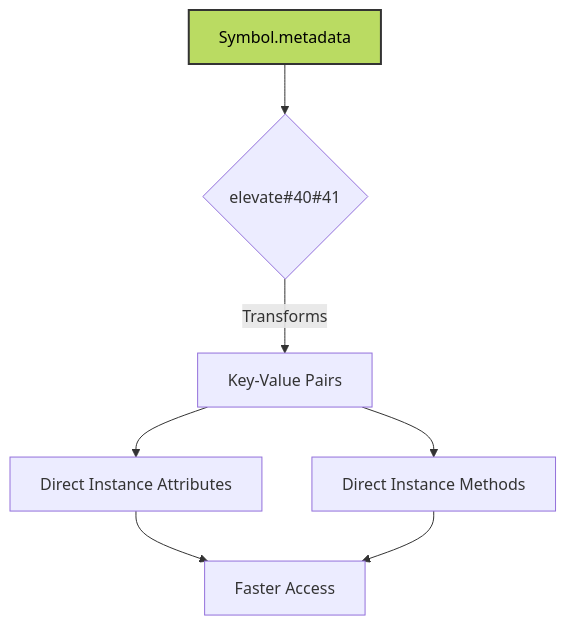
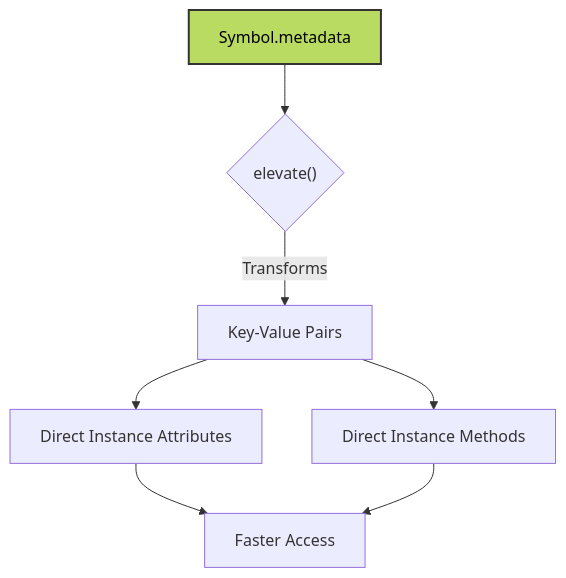
Before and after one commit to ikko/sym: the ninth of 13 diagrams in docs/readme_details/8_api_highlights/index.md, drawn with Mermaid. The commit also changed other lines of this file and 17 other files, not shown here.

````diff
--- a/docs/readme_details/8_api_highlights/index.md
+++ b/docs/readme_details/8_api_highlights/index.md
@@ -386,13 +386,13 @@
 ```mermaid
 graph TD
-    A[Symbol.metadata] --> B{elevate#40#41};
+    A[Symbol.metadata] --> B{elevate#40;#41;};
     B -- "Transforms" --> C[Key-Value Pairs];
     C --> D[Direct Instance Attributes];
     C --> E[Direct Instance Methods];
     D --> F[Faster Access];
     E --> F;
 
     style A fill:#badb62,stroke:#333,stroke-width:2px,color:#000000;
 
     style A fill:#badb62,stroke:#333,stroke-width:2px,color:#000000;
 ```
````
